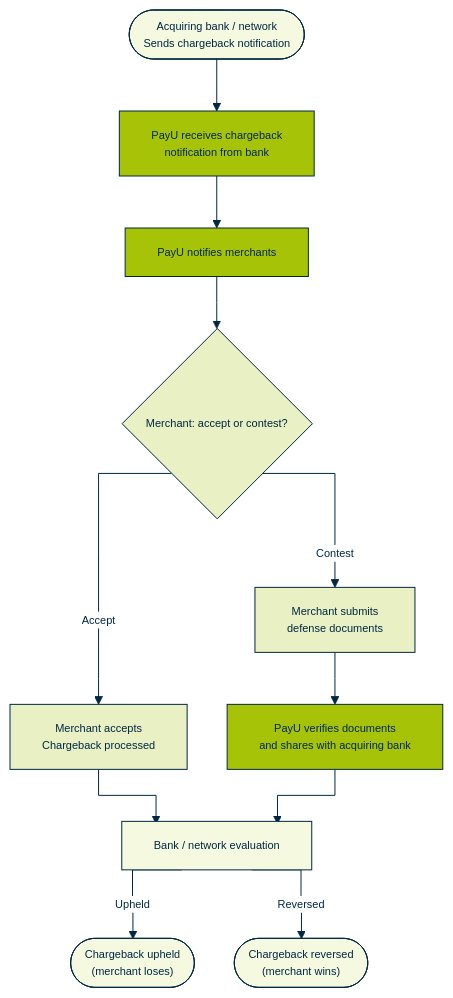
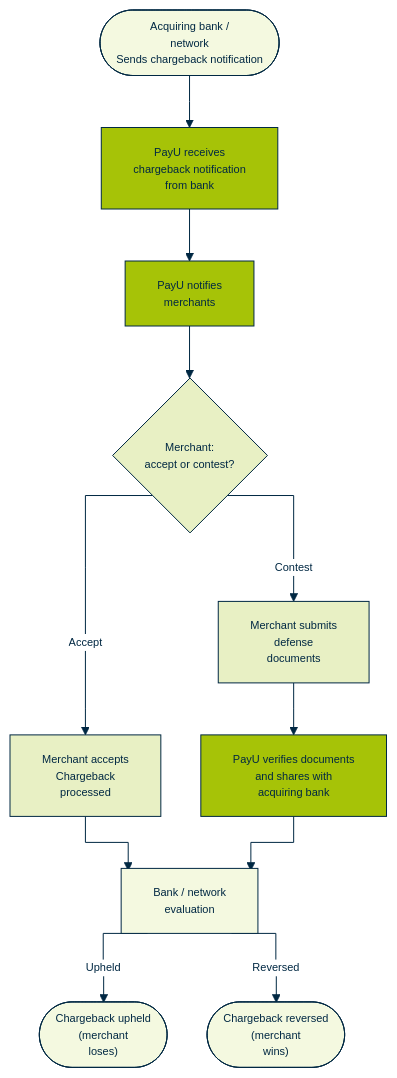
Before and after one commit to payu-india/CMS-Chatbot: the diagram in docs/Offerings/chargeback/chargeback-process.md, drawn with Mermaid.

Commit message:
Update doc `chargeback-process`

````diff
--- a/docs/Offerings/chargeback/chargeback-process.md
+++ b/docs/Offerings/chargeback/chargeback-process.md
@@ -10,59 +10,59 @@
 ```mermaid
 %%{init: {
   "theme": "base",
   "flowchart": {
     "curve": "stepAfter",
     "padding": 16,
     "nodeSpacing": 40,
     "rankSpacing": 52,
     "diagramPadding": 16,
     "htmlLabels": true,
     "useMaxWidth": false
   },
   "themeVariables": {
     "fontFamily": "Arial, Helvetica, sans-serif",
     "fontSize": "11px",
     "background": "#FFFFFF",
     "primaryColor": "#A6C307",
     "primaryTextColor": "#002843",
     "primaryBorderColor": "#002843",
     "secondaryColor": "#F4F9E0",
     "secondaryTextColor": "#002843",
     "secondaryBorderColor": "#A6C307",
     "tertiaryColor": "#002843",
     "tertiaryTextColor": "#FFFFFF",
     "lineColor": "#002843",
     "textColor": "#002843",
     "mainBkg": "#A6C307",
     "clusterBkg": "#FAFCF4",
     "clusterBorder": "#D8E8A8",
     "edgeLabelBackground": "#FFFFFF"
   }
 }}%%
 flowchart TB
     classDef bank fill:#F4F9E0,stroke:#002843,stroke-width:1px,color:#002843,font-size:11px
     classDef payu fill:#A6C307,stroke:#002843,stroke-width:1px,color:#002843,font-size:11px
     classDef merch fill:#E8F0C4,stroke:#002843,stroke-width:1px,color:#002843,font-size:11px
 
-    b_send(["Acquiring bank / network<br/>Sends chargeback notification"]):::bank
-    p_recv["PayU receives chargeback<br/>notification from bank"]:::payu
-    p_notify["PayU notifies merchants"]:::payu
-    m_decide{"Merchant: accept or contest?"}:::merch
-    m_accept["Merchant accepts<br/>Chargeback processed"]:::merch
-    m_docs["Merchant submits<br/>defense documents"]:::merch
-    p_verify["PayU verifies documents<br/>and shares with acquiring bank"]:::payu
-    b_eval["Bank / network evaluation"]:::bank
-    b_upheld(["Chargeback upheld<br/>(merchant loses)"]):::bank
-    b_rev(["Chargeback reversed<br/>(merchant wins)"]):::bank
+    b_send(["Acquiring bank /<br/>network<br/>Sends chargeback notification"]):::bank
+    p_recv["PayU receives<br/>chargeback notification<br/>from bank"]:::payu
+    p_notify["PayU notifies<br/>merchants"]:::payu
+    m_decide{"Merchant:<br/>accept or contest?"}:::merch
+    m_accept["Merchant accepts<br/>Chargeback<br/>processed"]:::merch
+    m_docs["Merchant submits<br/>defense<br/>documents"]:::merch
+    p_verify["PayU verifies documents<br/>and shares with<br/>acquiring bank"]:::payu
+    b_eval["Bank / network<br/>evaluation"]:::bank
+    b_upheld(["Chargeback upheld<br/>(merchant<br/>loses)"]):::bank
+    b_rev(["Chargeback reversed<br/>(merchant<br/>wins)"]):::bank
 
     b_send --> p_recv
     p_recv --> p_notify
     p_notify --> m_decide
     m_decide -->|Accept| m_accept
     m_decide -->|Contest| m_docs
     m_accept --> b_eval
     m_docs --> p_verify
     p_verify --> b_eval
     b_eval -->|Upheld| b_upheld
     b_eval -->|Reversed| b_rev
 ```
````
